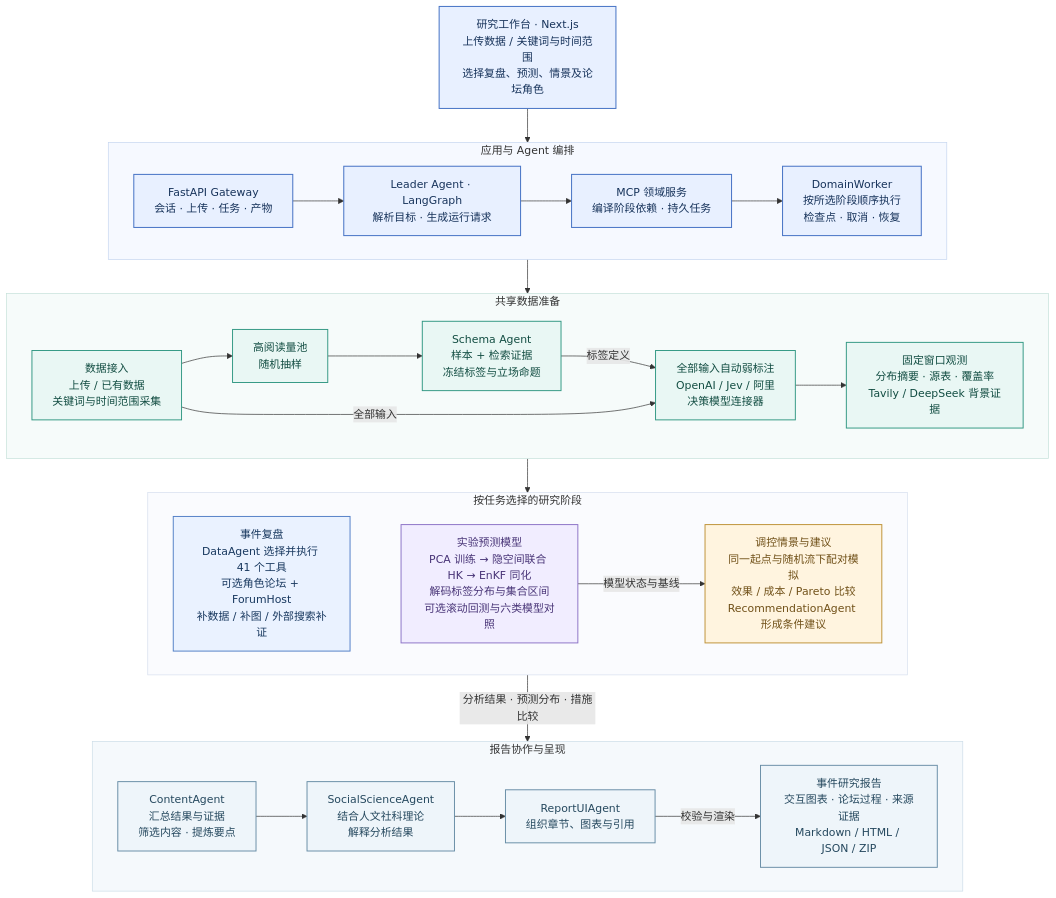
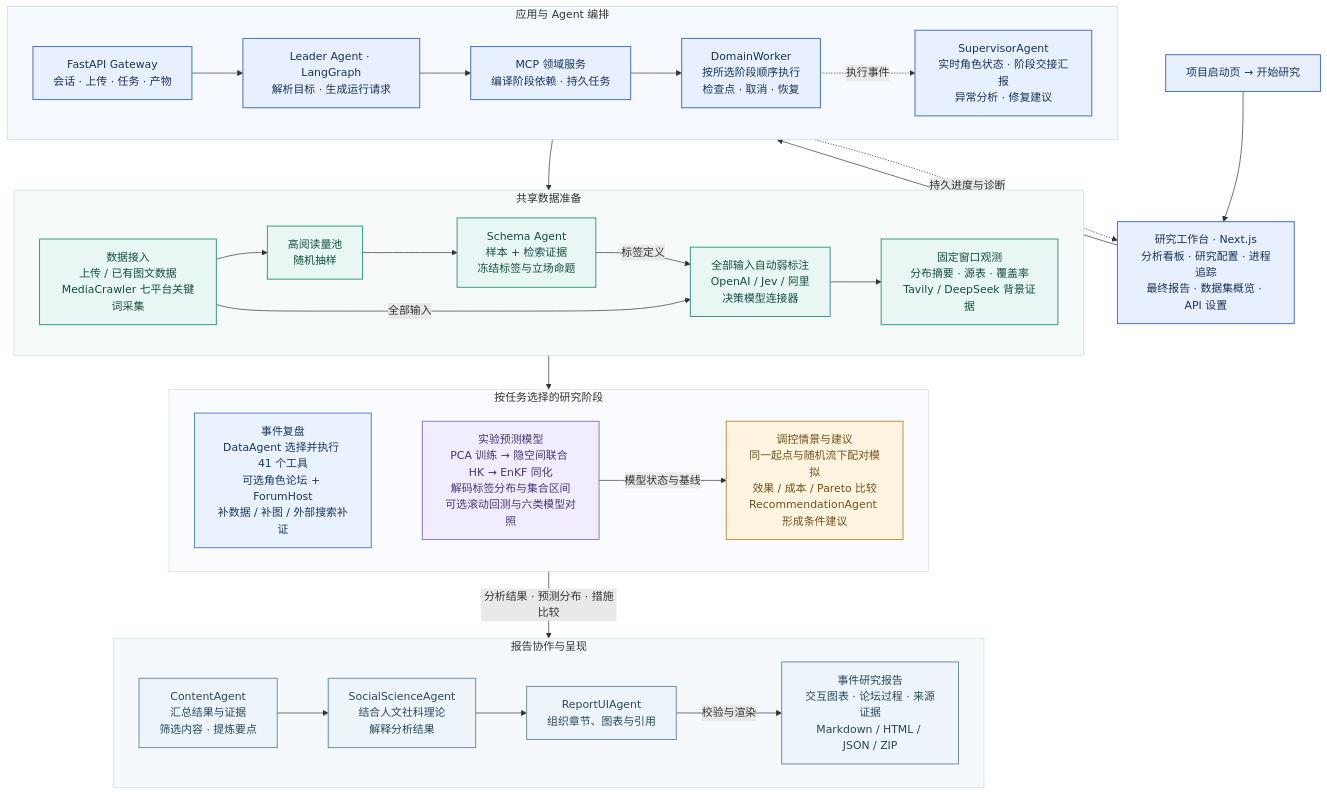
One commit to Hyacehila/Tweets2Insights changed the diagram in doc/diagrams/system-architecture.mmd. Above: the diagram before and after it, drawn with Mermaid. The commit also changed 67 other files, not shown here.

Commit message:
Build research dashboard, live supervisor and MediaCrawler workflow

```diff
--- a/doc/diagrams/system-architecture.mmd
+++ b/doc/diagrams/system-architecture.mmd
@@ -1,61 +1,66 @@
 flowchart TB
-    UI["研究工作台 · Next.js<br/>上传数据 / 关键词与时间范围<br/>选择复盘、预测、情景及论坛角色"]
+    ENTRY["项目启动页 → 开始研究"]
+    UI["研究工作台 · Next.js<br/>分析看板 · 研究配置 · 进程追踪<br/>最终报告 · 数据集概览 · API 设置"]
+    ENTRY --> UI
 
     subgraph ORCHESTRATION["应用与 Agent 编排"]
         direction LR
         API["FastAPI Gateway<br/>会话 · 上传 · 任务 · 产物"]
         LEADER["Leader Agent · LangGraph<br/>解析目标 · 生成运行请求"]
         SERVICE["MCP 领域服务<br/>编译阶段依赖 · 持久任务"]
         WORKER["DomainWorker<br/>按所选阶段顺序执行<br/>检查点 · 取消 · 恢复"]
+        MONITOR["SupervisorAgent<br/>实时角色状态 · 阶段交接汇报<br/>异常分析 · 修复建议"]
         API --> LEADER --> SERVICE --> WORKER
+        WORKER -.执行事件.-> MONITOR
     end
     UI --> ORCHESTRATION
+    MONITOR -.持久进度与诊断.-> UI
 
     subgraph PREP["共享数据准备"]
         direction LR
-        DATA["数据接入<br/>上传 / 已有数据<br/>关键词与时间范围采集"]
+        DATA["数据接入<br/>上传 / 已有图文数据<br/>MediaCrawler 七平台关键词采集"]
         SAMPLE["高阅读量池<br/>随机抽样"]
         SCHEMA["Schema Agent<br/>样本 + 检索证据<br/>冻结标签与立场命题"]
         LABEL["全部输入自动弱标注<br/>OpenAI / Jev / 阿里<br/>决策模型连接器"]
         OBS["固定窗口观测<br/>分布摘要 · 源表 · 覆盖率<br/>Tavily / DeepSeek 背景证据"]
         DATA --> SAMPLE --> SCHEMA -->|标签定义| LABEL --> OBS
         DATA -->|全部输入| LABEL
     end
     ORCHESTRATION --> PREP
 
     subgraph STUDY["按任务选择的研究阶段"]
         direction LR
         ANALYSIS["事件复盘<br/>DataAgent 选择并执行 41 个工具<br/>可选角色论坛 + ForumHost<br/>补数据 / 补图 / 外部搜索补证"]
         FORECAST["实验预测模型<br/>PCA 训练 → 隐空间联合 HK → EnKF 同化<br/>解码标签分布与集合区间<br/>可选滚动回测与六类模型对照"]
         SCENARIO["调控情景与建议<br/>同一起点与随机流下配对模拟<br/>效果 / 成本 / Pareto 比较<br/>RecommendationAgent 形成条件建议"]
         ANALYSIS ~~~ FORECAST
         FORECAST -->|模型状态与基线| SCENARIO
     end
     PREP --> STUDY
 
     subgraph REPORT["报告协作与呈现"]
         direction LR
         CONTENT["ContentAgent<br/>汇总结果与证据<br/>筛选内容 · 提炼要点"]
         THEORY["SocialScienceAgent<br/>结合人文社科理论<br/>解释分析结果"]
         LAYOUT["ReportUIAgent<br/>组织章节、图表与引用"]
         OUTPUT["事件研究报告<br/>交互图表 · 论坛过程 · 来源证据<br/>Markdown / HTML / JSON / ZIP"]
         CONTENT --> THEORY --> LAYOUT -->|校验与渲染| OUTPUT
     end
     STUDY -->|分析结果 · 预测分布 · 措施比较| REPORT
 
     classDef entry fill:#e8f0ff,stroke:#4975c6,color:#17335b,stroke-width:1.5px
     classDef prep fill:#e9f7f4,stroke:#309782,color:#124d42,stroke-width:1.4px
     classDef analysis fill:#eaf2ff,stroke:#507ec6,color:#18385f,stroke-width:1.4px
     classDef model fill:#f1edff,stroke:#8b71c6,color:#483477,stroke-width:1.4px
     classDef scenario fill:#fff4df,stroke:#bd9035,color:#705018,stroke-width:1.4px
     classDef report fill:#eef5fa,stroke:#668ca5,color:#25485e,stroke-width:1.4px
-    class UI,API,LEADER,SERVICE,WORKER entry
+    class ENTRY,UI,API,LEADER,SERVICE,WORKER,MONITOR entry
     class DATA,SAMPLE,SCHEMA,LABEL,OBS prep
     class ANALYSIS analysis
     class FORECAST model
     class SCENARIO scenario
     class CONTENT,THEORY,LAYOUT,OUTPUT report
     style ORCHESTRATION fill:#f6f9ff,stroke:#c5d5ef
     style PREP fill:#f6fbfa,stroke:#c5e0d9
     style STUDY fill:#fafbfe,stroke:#d5deed
     style REPORT fill:#f5f9fc,stroke:#cbdce8
```
